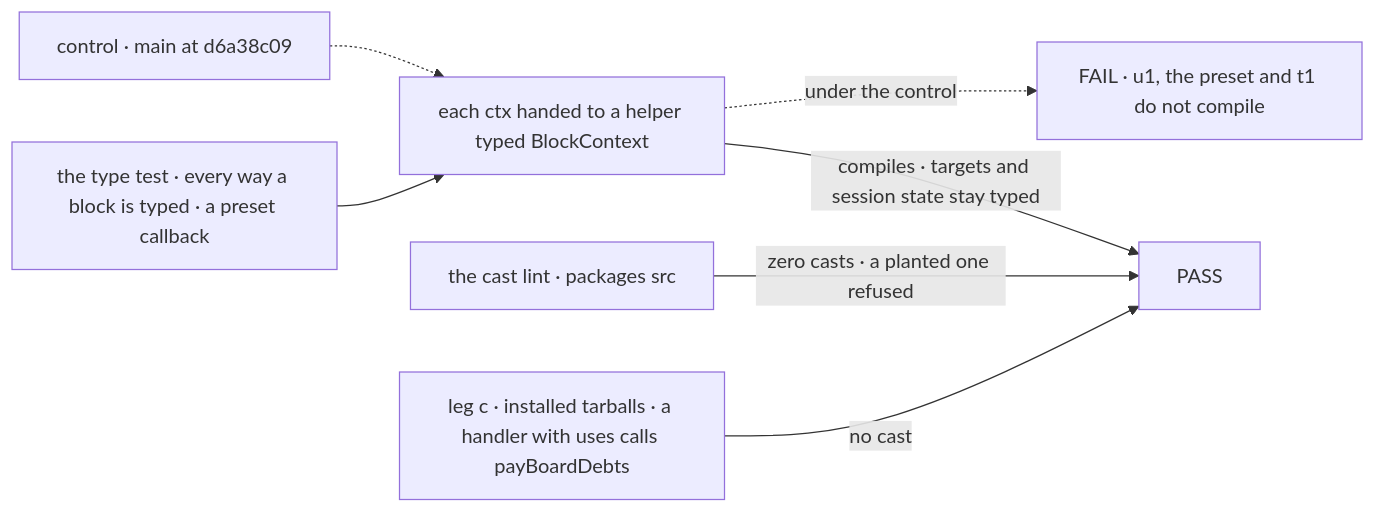
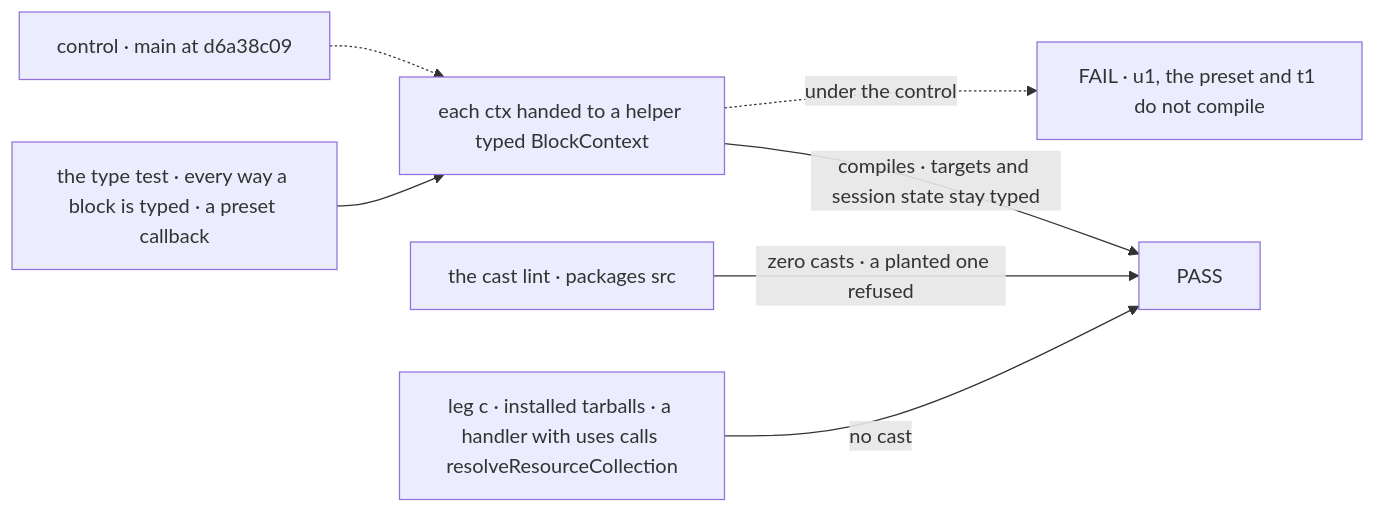
The first of 2 diagrams in specs/issues/FIX-2457/SPEC.md (fixpoint-labs/flow-state-dev), drawn with Mermaid before and after one commit. The commit also changed other lines of this file and 1 other file, not shown here.

````diff
--- a/specs/issues/FIX-2457/SPEC.md
+++ b/specs/issues/FIX-2457/SPEC.md
@@ -32,9 +32,9 @@
 ```mermaid
 flowchart LR
   I["the type test · every way a block is typed · a preset callback"] --> H["each ctx handed to a helper typed BlockContext"]
   H -->|"compiles · targets and session state stay typed"| P["PASS"]
   L["the cast lint · packages src"] -->|"zero casts · a planted one refused"| P
-  K["leg c · installed tarballs · a handler with uses calls payBoardDebts"] -->|"no cast"| P
+  K["leg c · installed tarballs · a handler with uses calls resolveResourceCollection"] -->|"no cast"| P
   C["control · main at d6a38c09"] -.-> H
   H -.->|"under the control"| F["FAIL · u1, the preset and t1 do not compile"]
 ```
````
